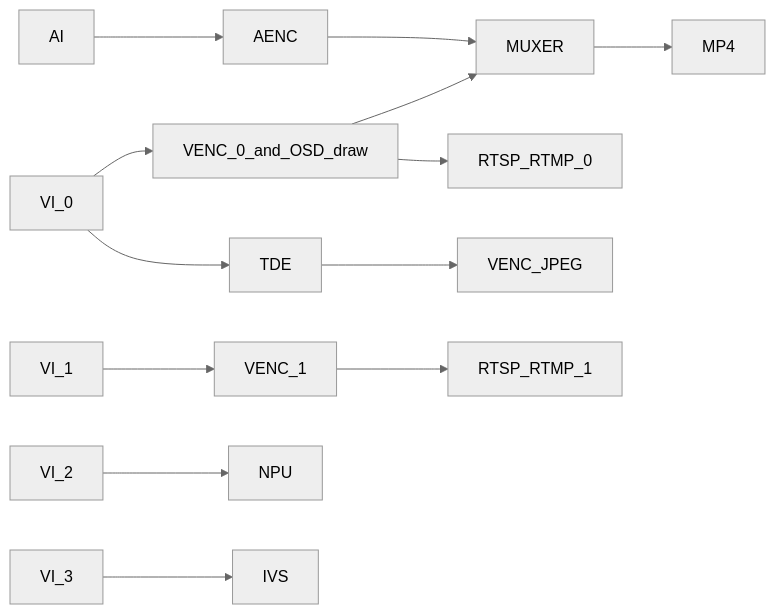
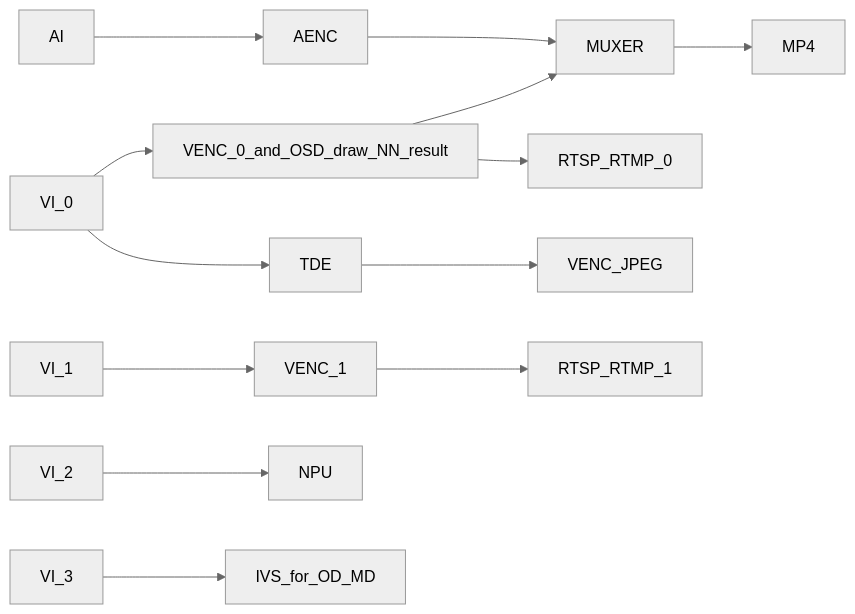
Before and after one commit to khadas/app_rkipc: the second of 9 diagrams in docs/Rockchip_Developer_Guide_Linux_RKIPC_CN.md, drawn with Mermaid (neutral theme). The commit also changed other lines of this file and 13 other files, not shown here.

````diff
--- a/docs/Rockchip_Developer_Guide_Linux_RKIPC_CN.md
+++ b/docs/Rockchip_Developer_Guide_Linux_RKIPC_CN.md
@@ -110,10 +124,10 @@
 ```mermaid
 graph LR
 	AI-->AENC-->MUXER-->MP4
-	VI_0-->VENC_0_and_OSD_draw-->MUXER
+	VI_0-->VENC_0_and_OSD_draw_NN_result-->MUXER
 	VI_0-->TDE-->VENC_JPEG
-	VENC_0_and_OSD_draw-->RTSP_RTMP_0
+	VENC_0_and_OSD_draw_NN_result-->RTSP_RTMP_0
 	VI_1-->VENC_1-->RTSP_RTMP_1
 	VI_2-->NPU
-	VI_3-->IVS
+	VI_3-->IVS_for_OD_MD
 ```
````
